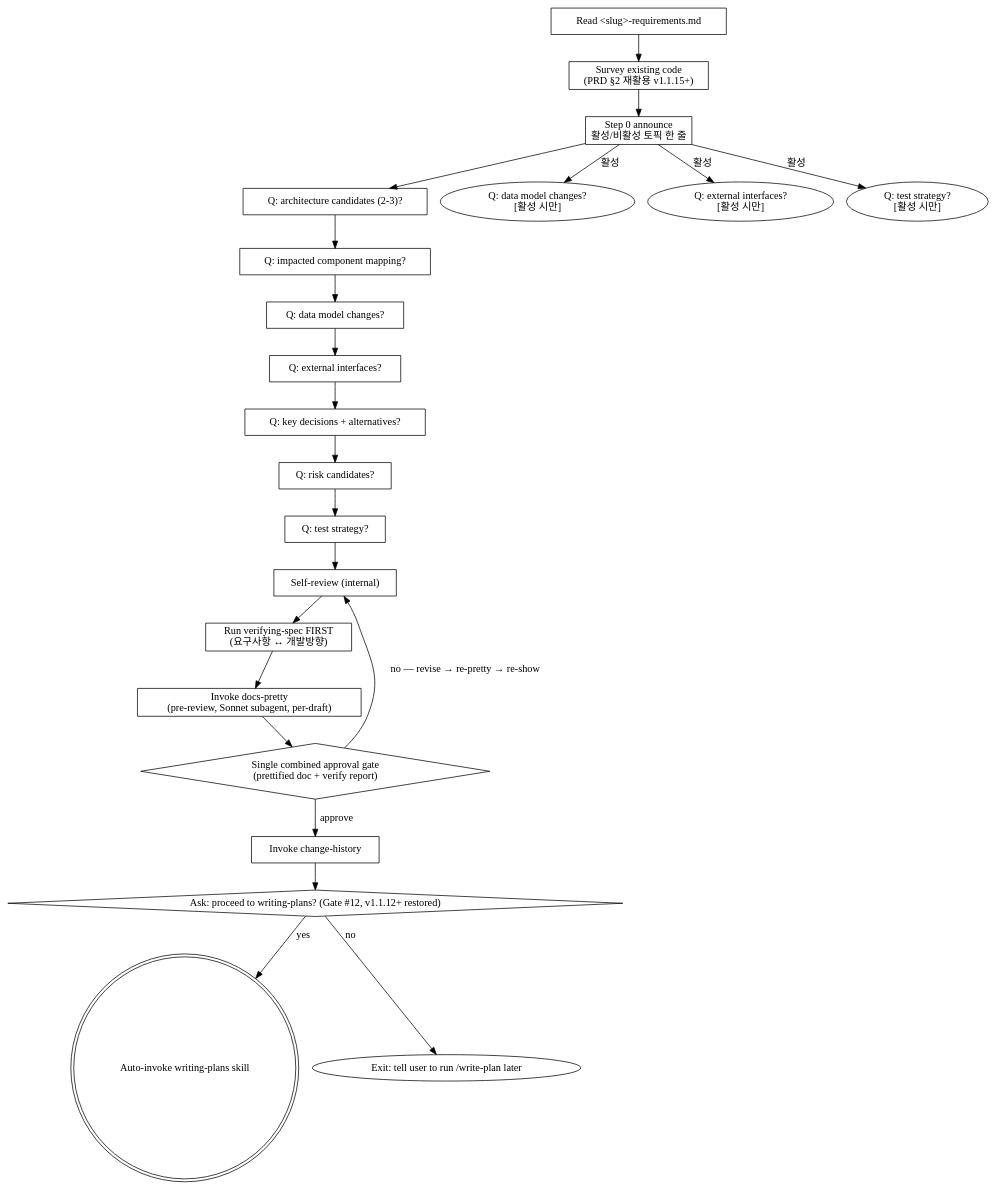
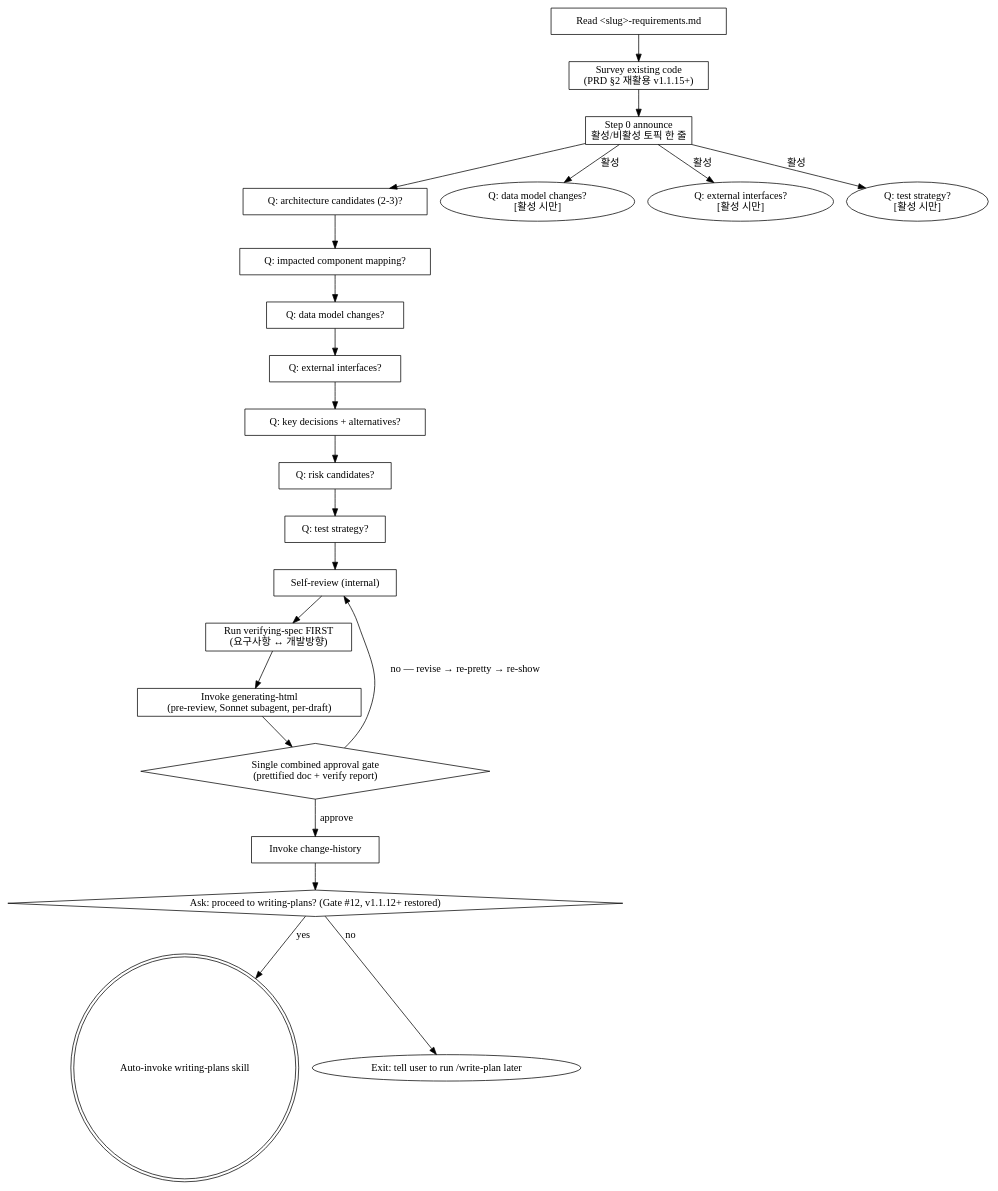
The diagram in skills/designing-direction/SKILL.md (deokjinlog/intent-locked-workflow), drawn with Graphviz before and after one commit. The commit also changed other lines of this file and 12 other files, not shown here.

First line of the commit message:
refactor(v2.2.2): docs-pretty / regen-html 단어 일괄 교체 — 13 파일 (task 4)

````diff
--- a/skills/designing-direction/SKILL.md
+++ b/skills/designing-direction/SKILL.md
@@ -83,44 +83,44 @@
 ```dot
 digraph design_flow {
     "Read <slug>-requirements.md" [shape=box];
     "Survey existing code\n(PRD §2 재활용 v1.1.15+)" [shape=box];
     "Step 0 announce\n활성/비활성 토픽 한 줄" [shape=box];
     "Q: architecture candidates (2-3)?" [shape=box];
     "Q: impacted component mapping?" [shape=box];
     "Q: data model changes?" [shape=box];
     "Q: external interfaces?" [shape=box];
     "Q: key decisions + alternatives?" [shape=box];
     "Q: risk candidates?" [shape=box];
     "Q: test strategy?" [shape=box];
     "Self-review (internal)" [shape=box];
     "Run verifying-spec FIRST\n(요구사항 ↔ 개발방향)" [shape=box];
-    "Invoke docs-pretty\n(pre-review, Sonnet subagent, per-draft)" [shape=box];
+    "Invoke generating-html\n(pre-review, Sonnet subagent, per-draft)" [shape=box];
     "Single combined approval gate\n(prettified doc + verify report)" [shape=diamond];
     "Invoke change-history" [shape=box];
     "Ask: proceed to writing-plans? (Gate #12, v1.1.12+ restored)" [shape=diamond];
     "Auto-invoke writing-plans skill" [shape=doublecircle];
     "Exit: tell user to run /write-plan later" [shape=oval];
 
     "Read <slug>-requirements.md" -> "Survey existing code\n(PRD §2 재활용 v1.1.15+)";
     "Survey existing code\n(PRD §2 재활용 v1.1.15+)" -> "Step 0 announce\n활성/비활성 토픽 한 줄";
     "Step 0 announce\n활성/비활성 토픽 한 줄" -> "Q: architecture candidates (2-3)?";
     "Step 0 announce\n활성/비활성 토픽 한 줄" -> "Q: data model changes?\n[활성 시만]" [label="활성"];
     "Step 0 announce\n활성/비활성 토픽 한 줄" -> "Q: external interfaces?\n[활성 시만]" [label="활성"];
     "Step 0 announce\n활성/비활성 토픽 한 줄" -> "Q: test strategy?\n[활성 시만]" [label="활성"];
     "Q: architecture candidates (2-3)?" -> "Q: impacted component mapping?";
     "Q: impacted component mapping?" -> "Q: data model changes?";
     "Q: data model changes?" -> "Q: external interfaces?";
     "Q: external interfaces?" -> "Q: key decisions + alternatives?";
     "Q: key decisions + alternatives?" -> "Q: risk candidates?";
     "Q: risk candidates?" -> "Q: test strategy?";
     "Q: test strategy?" -> "Self-review (internal)";
     "Self-review (internal)" -> "Run verifying-spec FIRST\n(요구사항 ↔ 개발방향)";
-    "Run verifying-spec FIRST\n(요구사항 ↔ 개발방향)" -> "Invoke docs-pretty\n(pre-review, Sonnet subagent, per-draft)";
-    "Invoke docs-pretty\n(pre-review, Sonnet subagent, per-draft)" -> "Single combined approval gate\n(prettified doc + verify report)";
+    "Run verifying-spec FIRST\n(요구사항 ↔ 개발방향)" -> "Invoke generating-html\n(pre-review, Sonnet subagent, per-draft)";
+    "Invoke generating-html\n(pre-review, Sonnet subagent, per-draft)" -> "Single combined approval gate\n(prettified doc + verify report)";
     "Single combined approval gate\n(prettified doc + verify report)" -> "Self-review (internal)" [label="no — revise → re-pretty → re-show"];
     "Single combined approval gate\n(prettified doc + verify report)" -> "Invoke change-history" [label="approve"];
     "Invoke change-history" -> "Ask: proceed to writing-plans? (Gate #12, v1.1.12+ restored)";
     "Ask: proceed to writing-plans? (Gate #12, v1.1.12+ restored)" -> "Auto-invoke writing-plans skill" [label="yes"];
     "Ask: proceed to writing-plans? (Gate #12, v1.1.12+ restored)" -> "Exit: tell user to run /write-plan later" [label="no"];
 }
 ```
````
